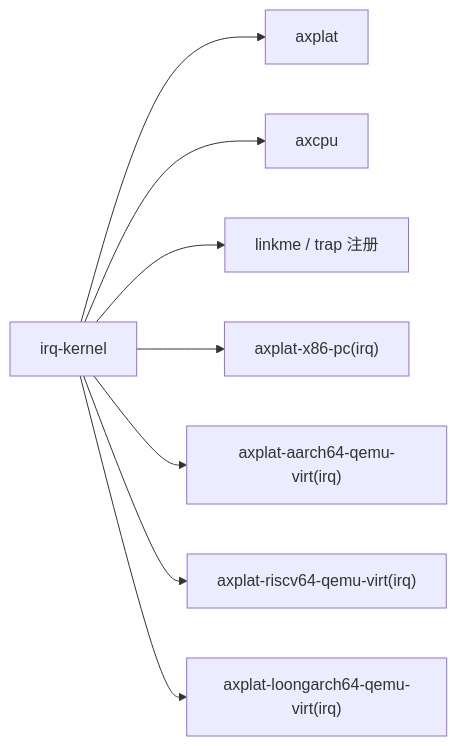
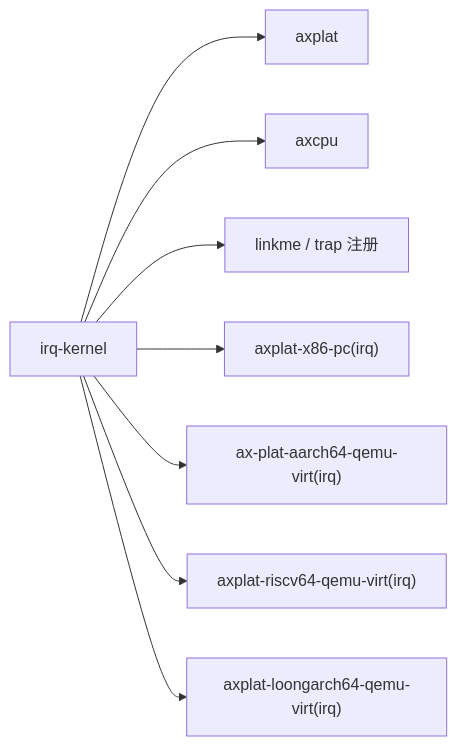
One commit to zKurisu/tgoskits changed the second of 2 diagrams in docs/crates/irq-kernel.md. Above: the diagram before and after it, drawn with Mermaid. The commit also changed 35 other files, not shown here.

````diff
--- a/docs/crates/irq-kernel.md
+++ b/docs/crates/irq-kernel.md
@@ -82,10 +82,10 @@
 ```mermaid
 graph LR
     sample["irq-kernel"] --> axplat["axplat"]
     sample --> axcpu["axcpu"]
     sample --> linkme["linkme / trap 注册"]
     sample --> x86["axplat-x86-pc(irq)"]
-    sample --> a64["axplat-aarch64-qemu-virt(irq)"]
+    sample --> a64["ax-plat-aarch64-qemu-virt(irq)"]
     sample --> rv["axplat-riscv64-qemu-virt(irq)"]
     sample --> loong["axplat-loongarch64-qemu-virt(irq)"]
 ```
````
